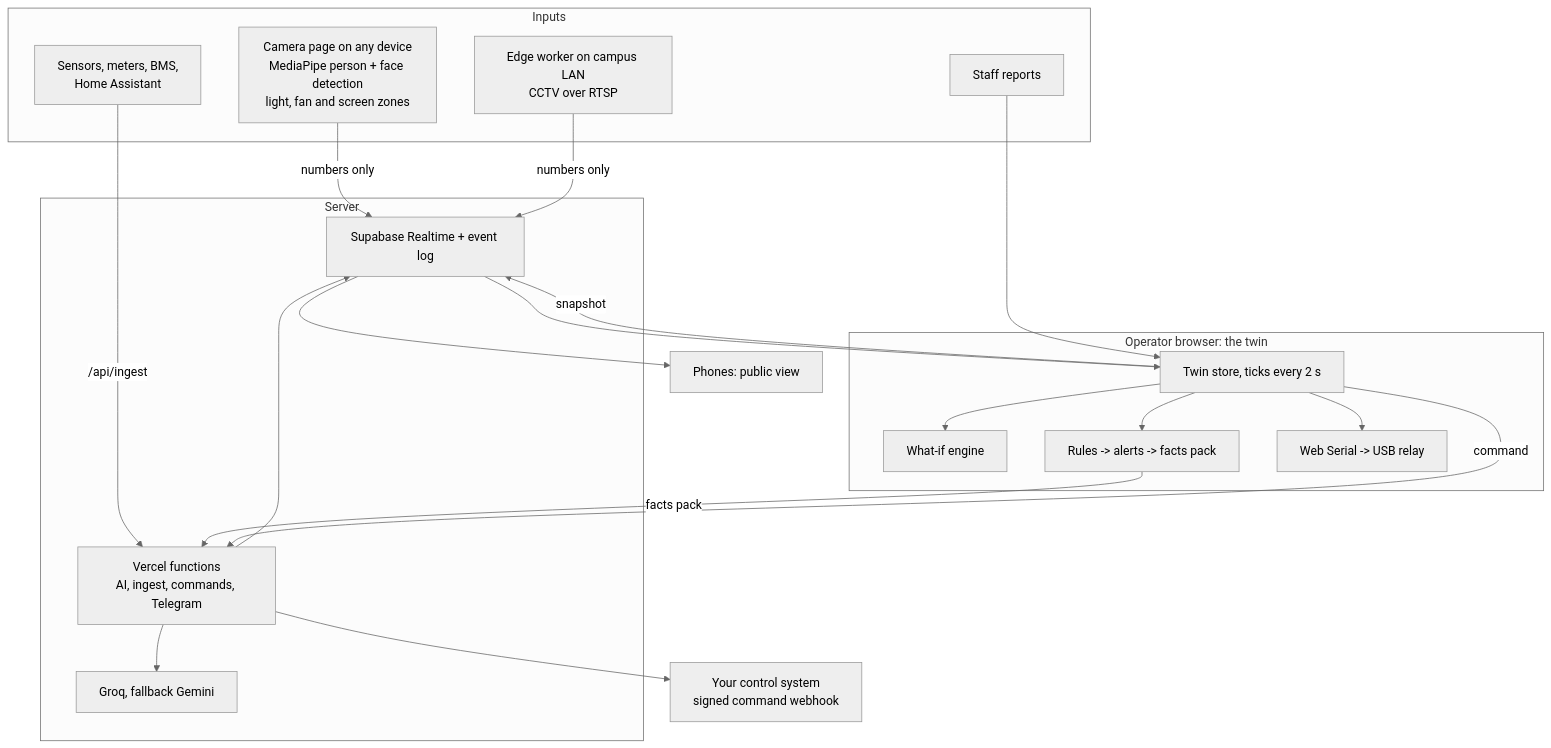
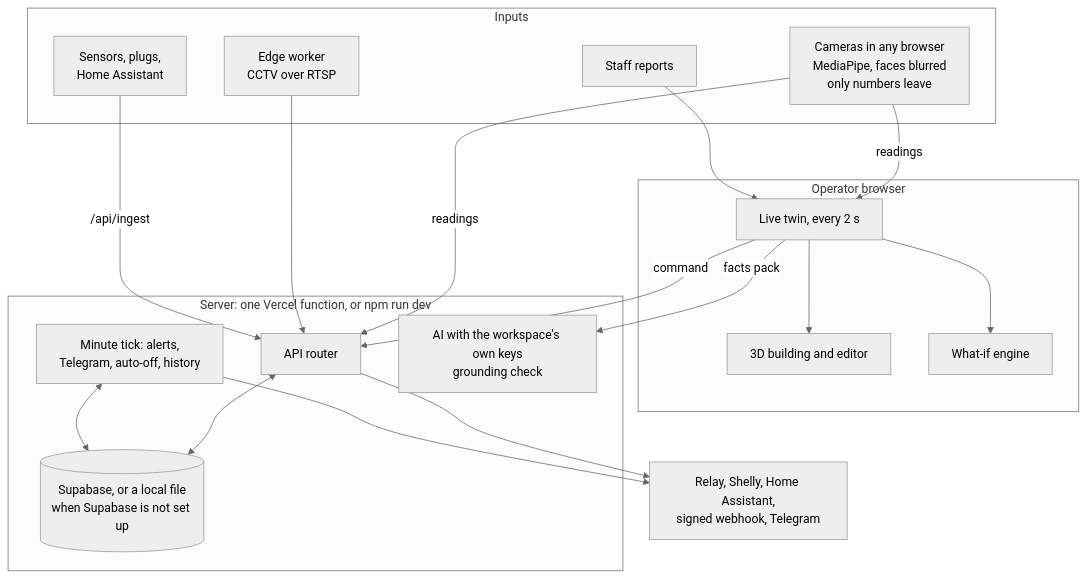
Before and after one commit to rishushaurya/Code_clash_2.0: the second of 7 diagrams in README.md, drawn with Mermaid (neutral theme). The commit also changed other lines of this file and 7 other files, not shown here.

````diff
--- a/README.md
+++ b/README.md
@@ -151,33 +170,34 @@
 ```mermaid
 flowchart TB
     subgraph Inputs["Inputs"]
-        CAM["Camera page on any device<br/>MediaPipe person + face detection<br/>light, fan and screen zones"]
-        EDGE["Edge worker on campus LAN<br/>CCTV over RTSP"]
-        SENS["Sensors, meters, BMS,<br/>Home Assistant"]
+        CAM["Cameras in any browser<br/>MediaPipe, faces blurred<br/>only numbers leave"]
+        EDGE["Edge worker<br/>CCTV over RTSP"]
+        SENS["Sensors, plugs,<br/>Home Assistant"]
         STAFF["Staff reports"]
     end
-    subgraph Twin["Operator browser: the twin"]
-        STORE["Twin store, ticks every 2 s"]
-        SIM["What-if engine"]
-        RULES["Rules -> alerts -> facts pack"]
-        SERIAL["Web Serial -> USB relay"]
+    subgraph Browser["Operator browser"]
+        TWIN["Live twin, every 2 s"]
+        THREE["3D building and editor"]
+        LAB["What-if engine"]
     end
-    subgraph Cloud["Server"]
-        RT["Supabase Realtime + event log"]
-        API["Vercel functions<br/>AI, ingest, commands, Telegram"]
-        LLM["Groq, fallback Gemini"]
+    subgraph Server["Server: one Vercel function, or npm run dev"]
+        API["API router"]
+        TICK["Minute tick: alerts,<br/>Telegram, auto-off, history"]
+        AI["AI with the workspace's own keys<br/>grounding check"]
+        STORE[("Supabase, or a local file<br/>when Supabase is not set up")]
     end
-    OUT["Your control system<br/>signed command webhook"]
-    PUB["Phones: public view"]
+    OUT["Relay, Shelly, Home Assistant,<br/>signed webhook, Telegram"]
 
-    CAM -- "numbers only" --> RT
-    EDGE -- "numbers only" --> RT
-    SENS -- "/api/ingest" --> API --> RT
-    RT --> STORE
-    STAFF --> STORE
-    STORE --> SIM
-    STORE --> RULES -- facts pack --> API --> LLM
-    STORE -- command --> API --> OUT
-    STORE --> SERIAL
-    STORE -- snapshot --> RT --> PUB
+    CAM -- "readings" --> TWIN
+    CAM -- "readings" --> API
+    EDGE --> API
+    SENS -- "/api/ingest" --> API
+    STAFF --> TWIN
+    API <--> STORE
+    TICK <--> STORE
+    TWIN --> THREE
+    TWIN --> LAB
+    TWIN -- "facts pack" --> AI
+    TWIN -- "command" --> API --> OUT
+    TICK --> OUT
 ```
````
